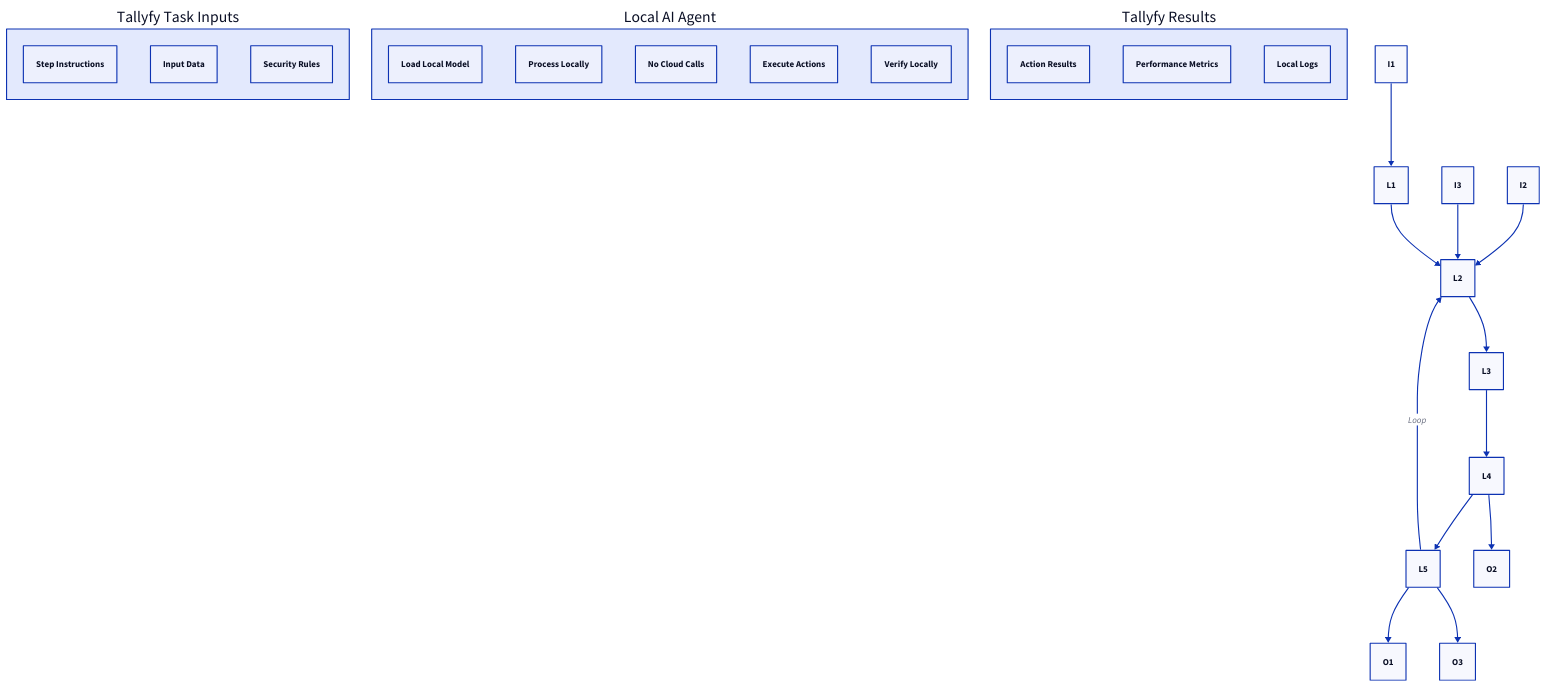
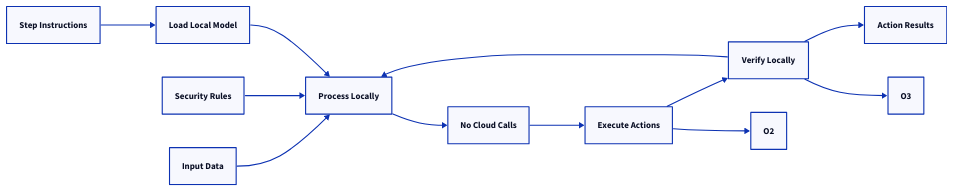
One commit to tallyfy/documentation changed the first of 3 diagrams in src/content/docs/pro/integrations/computer-ai-agents/local-computer-use-agents.mdx. Above: the diagram before and after it, drawn with D2. The commit also changed other lines of this file and 605 other files, not shown here.

````diff
--- a/src/content/docs/pro/integrations/computer-ai-agents/local-computer-use-agents.mdx
+++ b/src/content/docs/pro/integrations/computer-ai-agents/local-computer-use-agents.mdx
@@ -29,30 +30,23 @@
 ```d2
-Inputs: "Tallyfy Task Inputs" {
-I1: "Step Instructions"
-I2: "Input Data"
-I3: "Security Rules"
-}
-LocalAgent: "Local AI Agent" {
-L1: "Load Local Model"
-L2: "Process Locally"
-L3: "No Cloud Calls"
-L4: "Execute Actions"
-L5: "Verify Locally"
-}
-Outputs: "Tallyfy Results" {
-O1: "Action Results"
-O2: "Performance Metrics"
-O3: "Local Logs"
-}
+direction: right
+I1: Step Instructions
+I2: Input Data
+I3: Security Rules
+L1: Load Local Model
+L2: Process Locally
+L3: No Cloud Calls
+L4: Execute Actions
+L5: Verify Locally
+O1: Action Results
 I1 -> L1
 I2 -> L2
 I3 -> L2
 L1 -> L2
 L2 -> L3
 L3 -> L4
 L4 -> L5
-L5 -> L2: "Loop"
+L5 -> L2
 L5 -> O1
 L4 -> O2
 L5 -> O3
 ```
````
